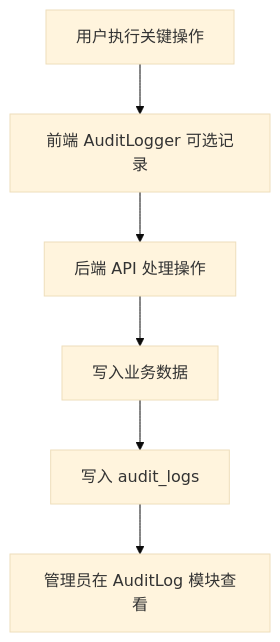
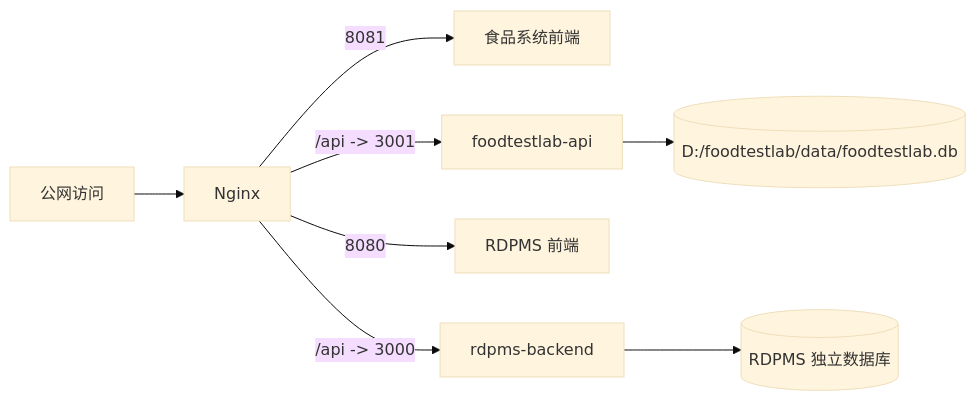
One commit to ArthurUker/Tianjiabing_foodtestlab changed the second of 2 diagrams in docs/ARCHITECTURE.md. Above: the diagram before and after it, drawn with Mermaid (base theme). The commit also changed other lines of this file and 13 other files, not shown here.

````diff
--- a/docs/ARCHITECTURE.md
+++ b/docs/ARCHITECTURE.md
@@ -1271,8 +248,13 @@
 ```mermaid
-flowchart TD
-    A[用户执行关键操作] --> B[前端 AuditLogger 可选记录]
-    B --> C[后端 API 处理操作]
-    C --> D[写入业务数据]
-    D --> E[写入 audit_logs]
-    E --> F[管理员在 AuditLog 模块查看]
+flowchart LR
+    Internet[公网访问] --> Nginx[Nginx]
+
+    Nginx -->|8081| FoodFrontend[食品系统前端]
+    Nginx -->|/api -> 3001| FoodAPI[foodtestlab-api]
+
+    Nginx -->|8080| RDPMSFrontend[RDPMS 前端]
+    Nginx -->|/api -> 3000| RDPMSAPI[rdpms-backend]
+
+    FoodAPI --> FoodDB[(D:/foodtestlab/data/foodtestlab.db)]
+    RDPMSAPI --> RDPMSDB[(RDPMS 独立数据库)]
 ```
````
